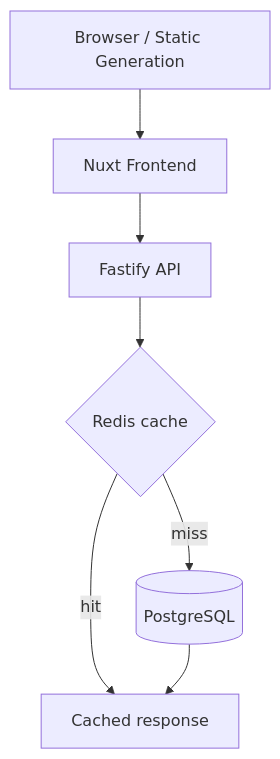
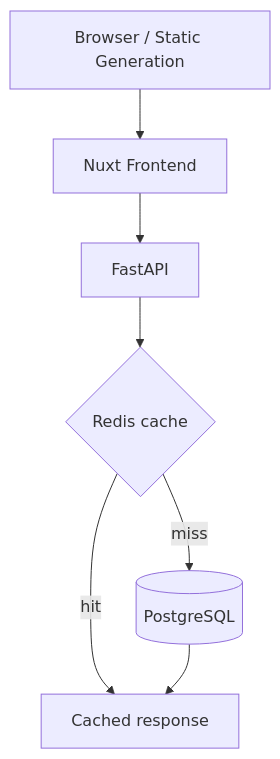
The second of 3 diagrams in ARCHITECTURE.md (s4njee/csearch), drawn with Mermaid before and after one commit. The commit also changed other lines of this file and 1 other file, not shown here.

Commit message:
Update README and ARCHITECTURE for FastAPI and pgvector

````diff
--- a/ARCHITECTURE.md
+++ b/ARCHITECTURE.md
@@ -40,9 +41,9 @@
 ```mermaid
 flowchart TD
     A[Browser / Static Generation] --> B[Nuxt Frontend]
-    B --> C[Fastify API]
+    B --> C[FastAPI]
     C --> D{Redis cache}
     D -- hit --> E[Cached response]
     D -- miss --> F[(PostgreSQL)]
     F --> E
 ```
````
